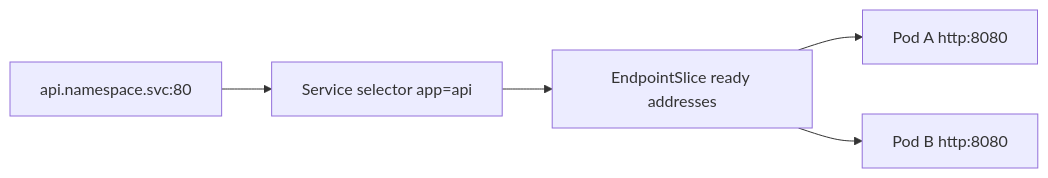
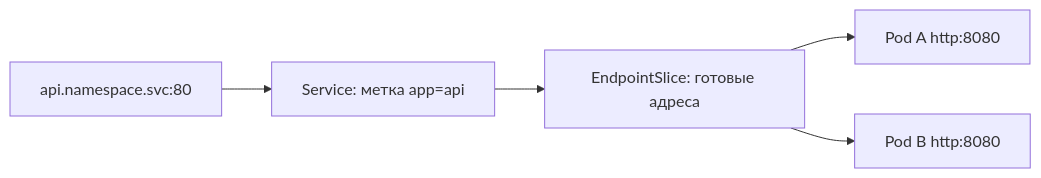
The diagram in docs/containers/kubernetes/service.md (leary1337/vault), drawn with Mermaid before and after one commit. The commit also changed other lines of this file and 325 other files, not shown here.

````diff
--- a/docs/containers/kubernetes/service.md
+++ b/docs/containers/kubernetes/service.md
@@ -50,7 +40,7 @@
 ```mermaid
 flowchart LR
-    N["api.namespace.svc:80"] --> S["Service selector app=api"]
-    S --> E["EndpointSlice ready addresses"]
+    N["api.namespace.svc:80"] --> S["Service: метка app=api"]
+    S --> E["EndpointSlice: готовые адреса"]
     E --> A["Pod A http:8080"]
     E --> B["Pod B http:8080"]
 ```
````
